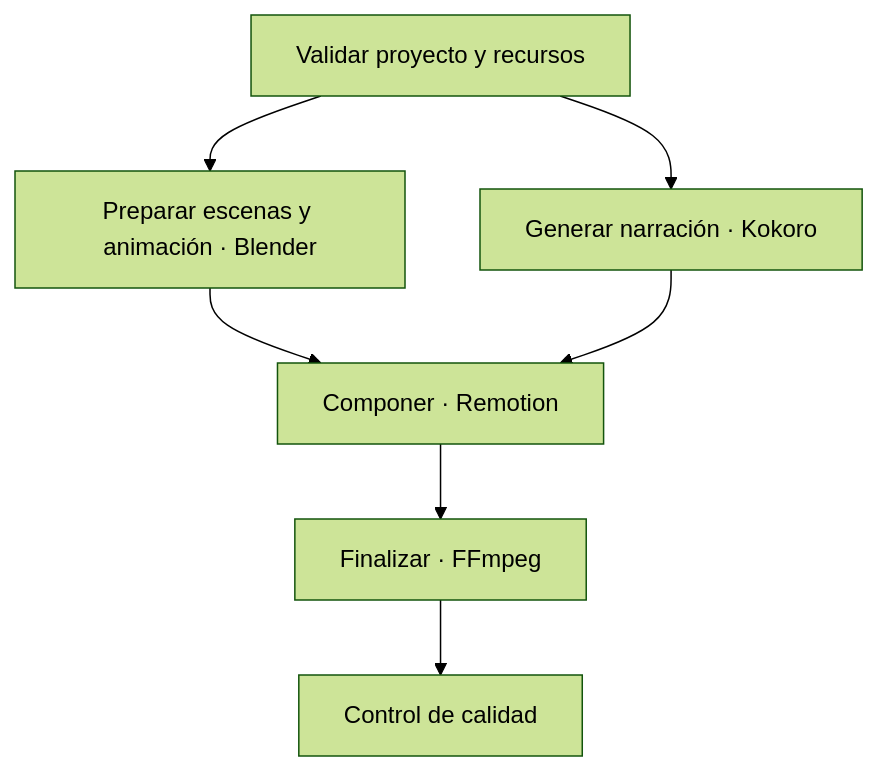
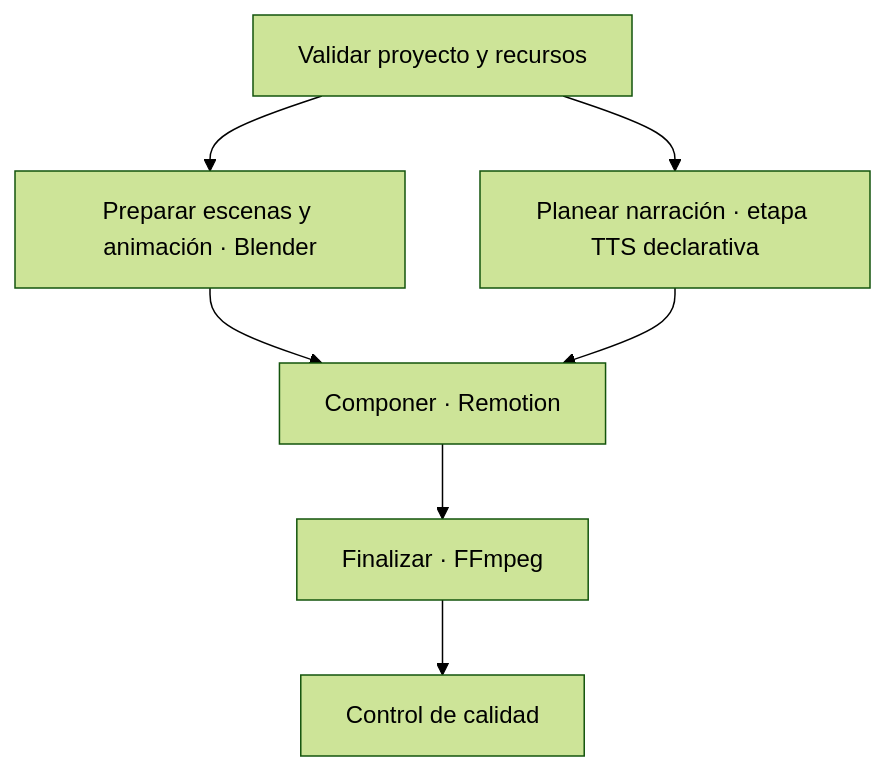
One commit to IsmaelZamora4/cinematic-shorts-pipeline changed the diagram in .agents/skills/cinematic-shorts-pipeline/references/pipeline-orchestration.md. Above: the diagram before and after it, drawn with Mermaid (forest theme). The commit also changed other lines of this file and 9 other files, not shown here.

````diff
--- a/.agents/skills/cinematic-shorts-pipeline/references/pipeline-orchestration.md
+++ b/.agents/skills/cinematic-shorts-pipeline/references/pipeline-orchestration.md
@@ -22,9 +36,9 @@
 ```mermaid
 flowchart TD
   V[Validar proyecto y recursos] --> B[Preparar escenas y animación · Blender]
-  V --> K[Generar narración · Kokoro]
+  V --> K[Planear narración · etapa TTS declarativa]
   B --> R[Componer · Remotion]
   K --> R
   R --> F[Finalizar · FFmpeg]
   F --> Q[Control de calidad]
 ```
````
